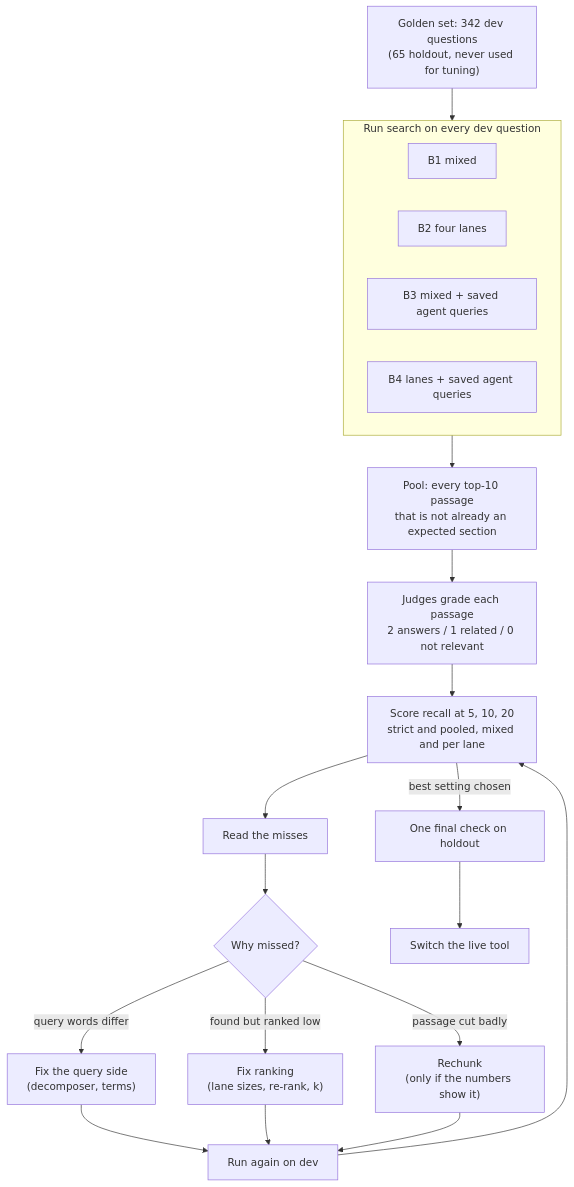
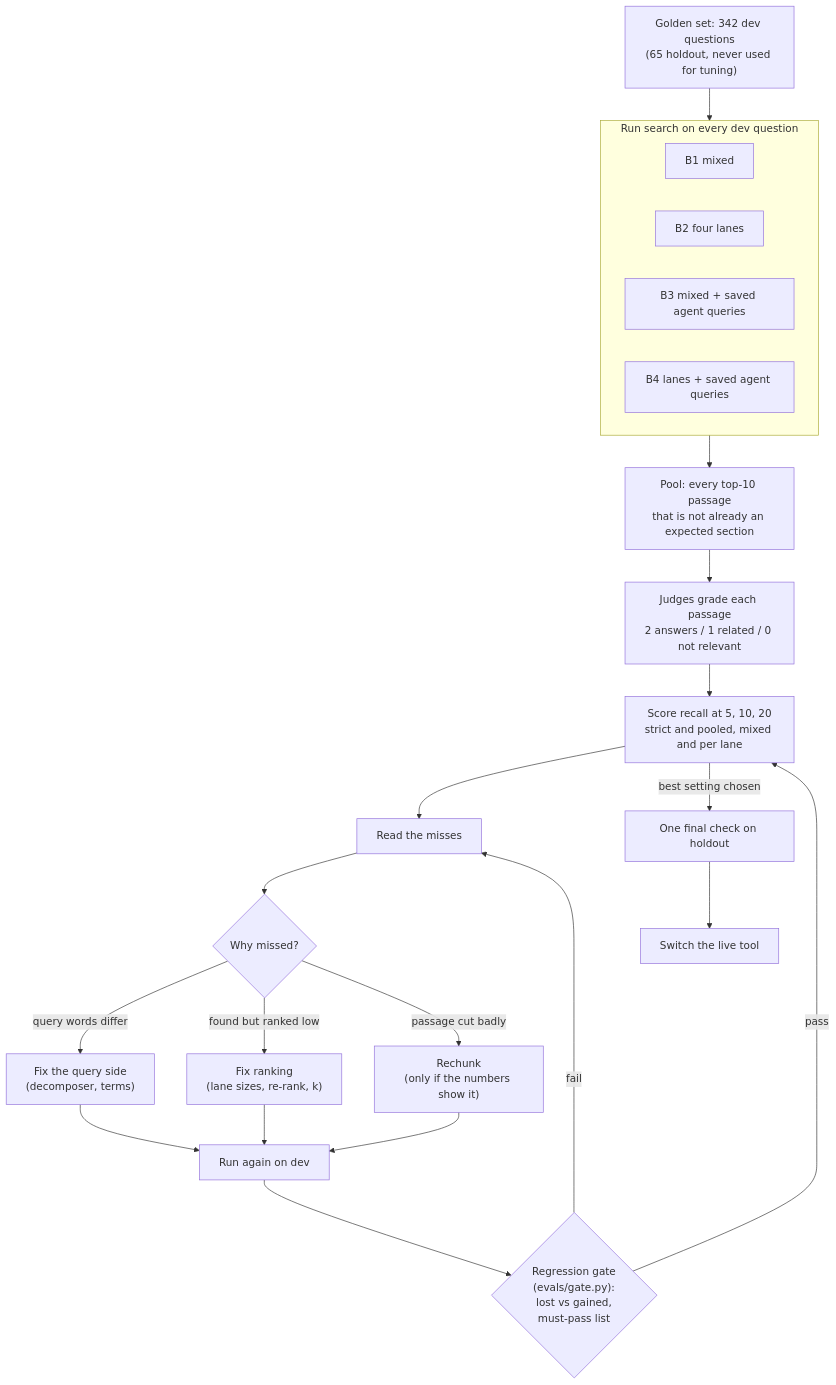
One commit to florinmarcus/builders_lab changed the fourth of 6 diagrams in architecture/design/retrieval-tuning.md. Above: the diagram before and after it, drawn with Mermaid. The commit also changed 7 other files, not shown here.

First line of the commit message:
Evals: regression gate for search (evals/gate.py), baseline B1, 30 must-pass questions (S151)

````diff
--- a/architecture/design/retrieval-tuning.md
+++ b/architecture/design/retrieval-tuning.md
@@ -82,25 +82,27 @@
 ```mermaid
 flowchart TB
     gs["Golden set: 342 dev questions<br/>(65 holdout, never used for tuning)"] --> runs
 
     subgraph runs["Run search on every dev question"]
         direction LR
         B1["B1 mixed"]
         B2["B2 four lanes"]
         B3["B3 mixed + saved agent queries"]
         B4["B4 lanes + saved agent queries"]
     end
 
     runs --> pool["Pool: every top-10 passage<br/>that is not already an expected section"]
     pool --> judge["Judges grade each passage<br/>2 answers / 1 related / 0 not relevant"]
     judge --> score["Score recall at 5, 10, 20<br/>strict and pooled, mixed and per lane"]
     score --> miss["Read the misses"]
     miss --> why{"Why missed?"}
     why -->|"query words differ"| fq["Fix the query side<br/>(decomposer, terms)"]
     why -->|"found but ranked low"| fr["Fix ranking<br/>(lane sizes, re-rank, k)"]
     why -->|"passage cut badly"| fc["Rechunk<br/>(only if the numbers show it)"]
     fq & fr & fc --> rerun["Run again on dev"]
-    rerun --> score
+    rerun --> gate{"Regression gate<br/>(evals/gate.py):<br/>lost vs gained,<br/>must-pass list"}
+    gate -->|"pass"| score
+    gate -->|"fail"| miss
     score -->|"best setting chosen"| hold["One final check on holdout"]
     hold --> live["Switch the live tool"]
 ```
````
